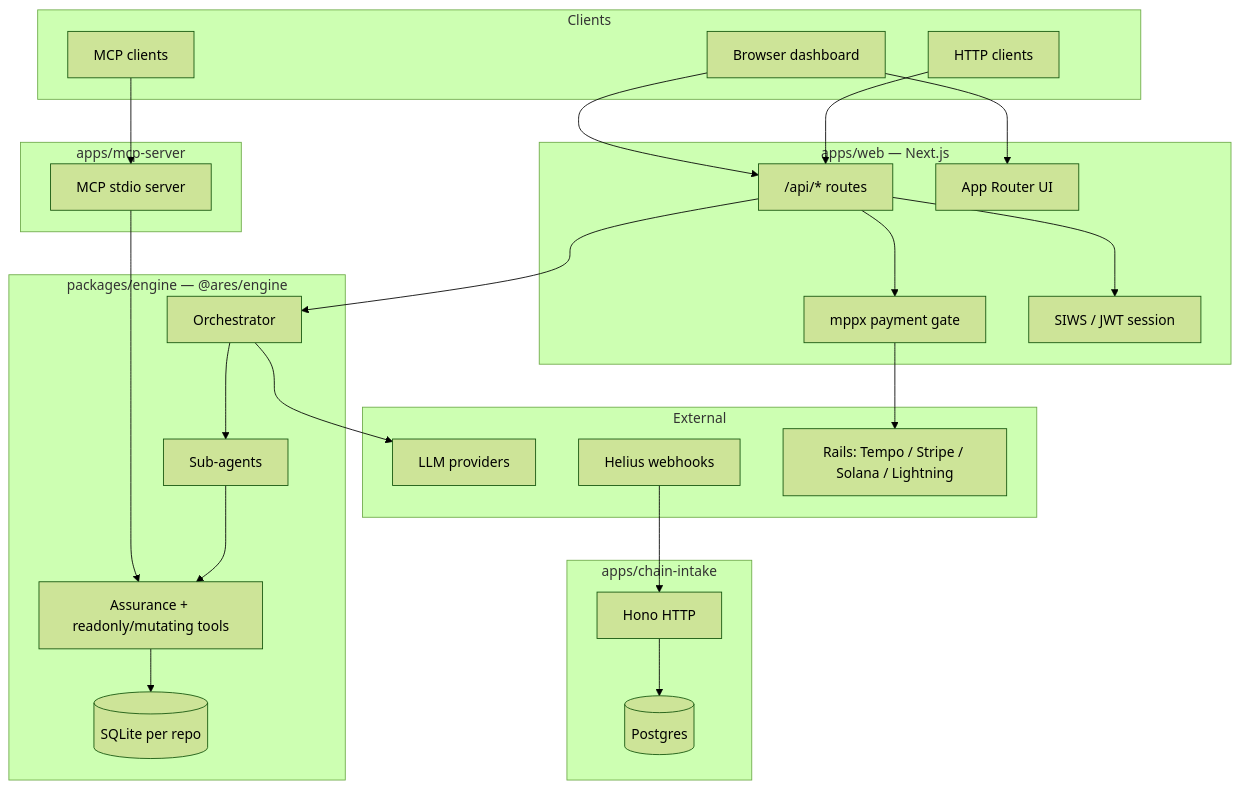
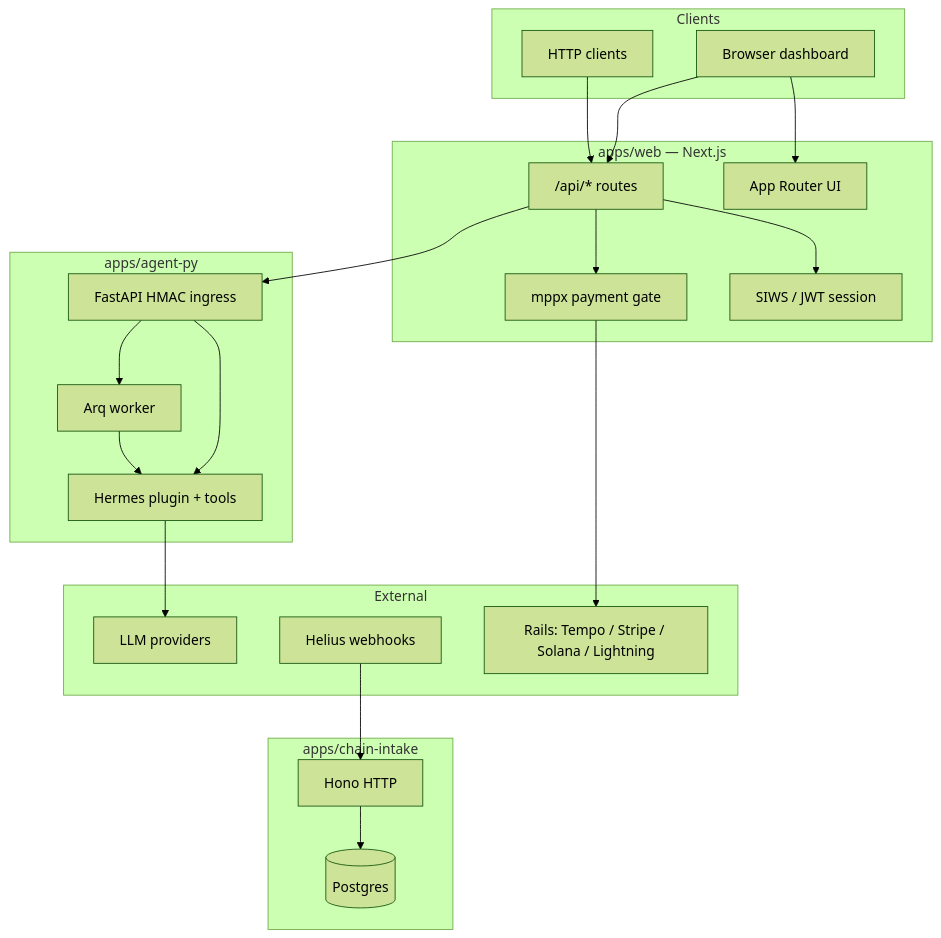
Before and after one commit to daemon-blockint-tech/ARES: the diagram in docs/ARCHITECTURE-HIGH-LOW-LEVEL.md, drawn with Mermaid (forest theme). The commit also changed other lines of this file and 195 other files, not shown here.

First line of the commit message:
feat: agent-py service, @ares/sdk CLI, SIWS hardening, Docker layout

````diff
--- a/docs/ARCHITECTURE-HIGH-LOW-LEVEL.md
+++ b/docs/ARCHITECTURE-HIGH-LOW-LEVEL.md
@@ -26,56 +25,48 @@
 ```mermaid
 flowchart TB
   subgraph clients["Clients"]
     Browser[Browser dashboard]
     ExtAPI[HTTP clients]
-    MCPClient[MCP clients]
   end
 
   subgraph web["apps/web — Next.js"]
     API["/api/* routes"]
     UI[App Router UI]
     MPPX[mppx payment gate]
     SIWS[SIWS / JWT session]
   end
 
-  subgraph engine["packages/engine — @ares/engine"]
-    Orch[Orchestrator]
-    SubA[Sub-agents]
-    Tools[Assurance + readonly/mutating tools]
-    SQLite[(SQLite per repo)]
-  end
-
-  subgraph mcp["apps/mcp-server"]
-    MCP[MCP stdio server]
+  subgraph py["apps/agent-py"]
+    FastAPI[FastAPI HMAC ingress]
+    Worker[Arq worker]
+    Hermes[Hermes plugin + tools]
   end
 
   subgraph intake["apps/chain-intake"]
     Hono[Hono HTTP]
     PG[(Postgres)]
   end
 
   subgraph external["External"]
     LLM[LLM providers]
     Helius[Helius webhooks]
     Pay[Rails: Tempo / Stripe / Solana / Lightning]
   end
 
   Browser --> UI
   Browser --> API
   ExtAPI --> API
-  MCPClient --> MCP
 
   API --> SIWS
   API --> MPPX
   MPPX --> Pay
-  API --> Orch
+  API --> FastAPI
 
-  MCP --> Tools
-  Orch --> SubA
-  SubA --> Tools
-  Orch --> LLM
-  Tools --> SQLite
+  FastAPI --> Hermes
+  FastAPI --> Worker
+  Worker --> Hermes
+  Hermes --> LLM
 
   Helius --> Hono
   Hono --> PG
 ```
````
